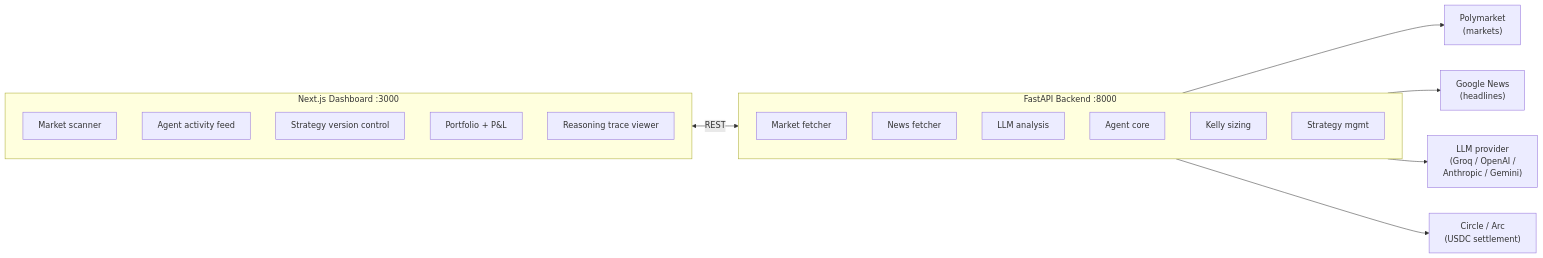
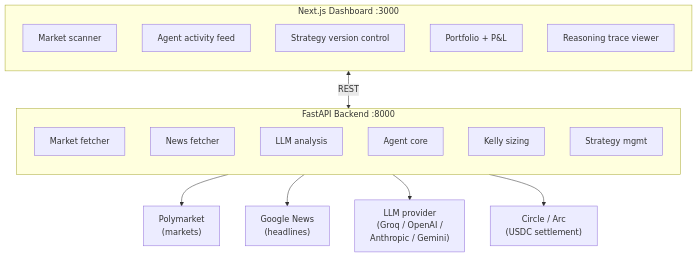
One commit to AndriiSonsiadlo/alpha-oracle changed the first of 2 diagrams in README.md. Above: the diagram before and after it, drawn with Mermaid.

Commit message:
docs: update mermaid diagram type (RL -> TD)

````diff
--- a/README.md
+++ b/README.md
@@ -53,28 +53,28 @@
 ```mermaid
-flowchart LR
+flowchart TD
     subgraph FE["Next.js Dashboard :3000"]
         direction TB
         UI1["Market scanner"]
         UI2["Agent activity feed"]
         UI3["Strategy version control"]
         UI4["Portfolio + P&L"]
         UI5["Reasoning trace viewer"]
     end
 
     subgraph BE["FastAPI Backend :8000"]
         direction TB
         B1["Market fetcher"]
         B2["News fetcher"]
         B3["LLM analysis"]
         B4["Agent core"]
         B5["Kelly sizing"]
         B6["Strategy mgmt"]
     end
 
     FE <-->|REST| BE
 
     BE --> PM["Polymarket<br/>(markets)"]
     BE --> GN["Google News<br/>(headlines)"]
     BE --> LLM["LLM provider<br/>(Groq / OpenAI /<br/>Anthropic / Gemini)"]
     BE --> CIRCLE["Circle / Arc<br/>(USDC settlement)"]
 ```
````
